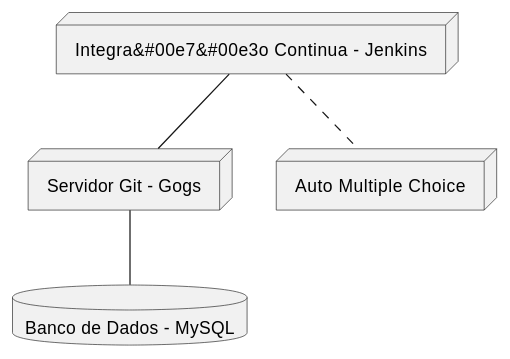
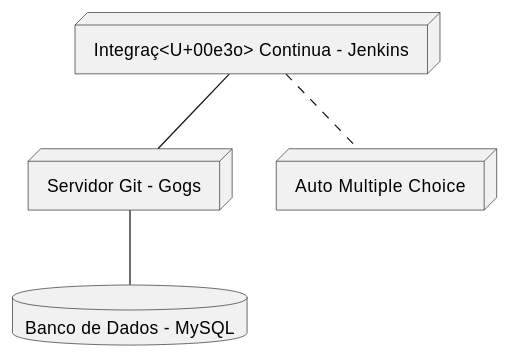
The diagram in INDEX.md (IFBAEunapolis/simulados), drawn with PlantUML before and after one commit.

Commit message:
teste de unicode

```diff
--- a/INDEX.md
+++ b/INDEX.md
@@ -3,12 +3,12 @@
 {% plantuml %}
 @startuml
-node "Integra&#00e7&#00e3o Continua - Jenkins" as jenkins
+node "Integra<U+00e7><U+00e3o> Continua - Jenkins" as jenkins
 node "Servidor Git - Gogs" as gogs
 database "Banco de Dados  - MySQL" as mysql
 node "Auto Multiple Choice" as amc
 jenkins -- gogs
 gogs -- mysql
 jenkins .. amc
 
 @enduml
 {% endplantuml %}
```
